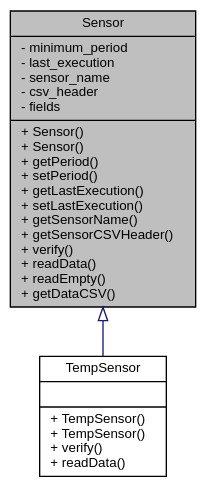
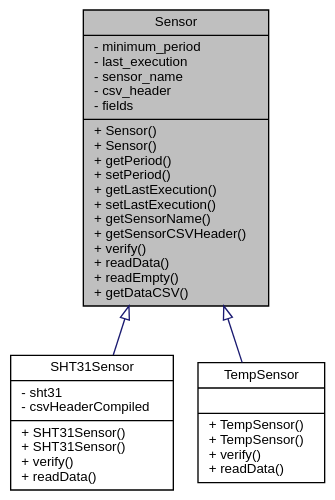
One commit to ASU-ASCEND/Fall-2024 changed the diagram in docs/classSensor__inherit__graph.dot. Above: the diagram before and after it, drawn with Graphviz. The commit also changed 56 other files, not shown here.

```diff
--- a/docs/classSensor__inherit__graph.dot
+++ b/docs/classSensor__inherit__graph.dot
@@ -1,11 +1,13 @@
 digraph "Sensor"
 {
  // INTERACTIVE_SVG=YES
  // LATEX_PDF_SIZE
   bgcolor="transparent";
   edge [fontname="Helvetica",fontsize="10",labelfontname="Helvetica",labelfontsize="10"];
   node [fontname="Helvetica",fontsize="10",shape=record];
   Node1 [label="{Sensor\n|- minimum_period\l- last_execution\l- sensor_name\l- csv_header\l- fields\l|+ Sensor()\l+ Sensor()\l+ getPeriod()\l+ setPeriod()\l+ getLastExecution()\l+ setLastExecution()\l+ getSensorName()\l+ getSensorCSVHeader()\l+ verify()\l+ readData()\l+ readEmpty()\l+ getDataCSV()\l}",height=0.2,width=0.4,color="black", fillcolor="grey75", style="filled", fontcolor="black",tooltip="Parent class for sensor objects."];
   Node1 -> Node2 [dir="back",color="midnightblue",fontsize="10",style="solid",arrowtail="onormal",fontname="Helvetica"];
-  Node2 [label="{TempSensor\n||+ TempSensor()\l+ TempSensor()\l+ verify()\l+ readData()\l}",height=0.2,width=0.4,color="black",URL="$classTempSensor.html",tooltip="Implementation of a Sensor for the onboard temperature sensor."];
+  Node2 [label="{SHT31Sensor\n|- sht31\l- csvHeaderCompiled\l|+ SHT31Sensor()\l+ SHT31Sensor()\l+ verify()\l+ readData()\l}",height=0.2,width=0.4,color="black",URL="$classSHT31Sensor.html",tooltip="Interfaces with SHT31 Sensor to collect temperature and humidity data."];
+  Node1 -> Node3 [dir="back",color="midnightblue",fontsize="10",style="solid",arrowtail="onormal",fontname="Helvetica"];
+  Node3 [label="{TempSensor\n||+ TempSensor()\l+ TempSensor()\l+ verify()\l+ readData()\l}",height=0.2,width=0.4,color="black",URL="$classTempSensor.html",tooltip="Implementation of a Sensor for the onboard temperature sensor."];
 }
```
